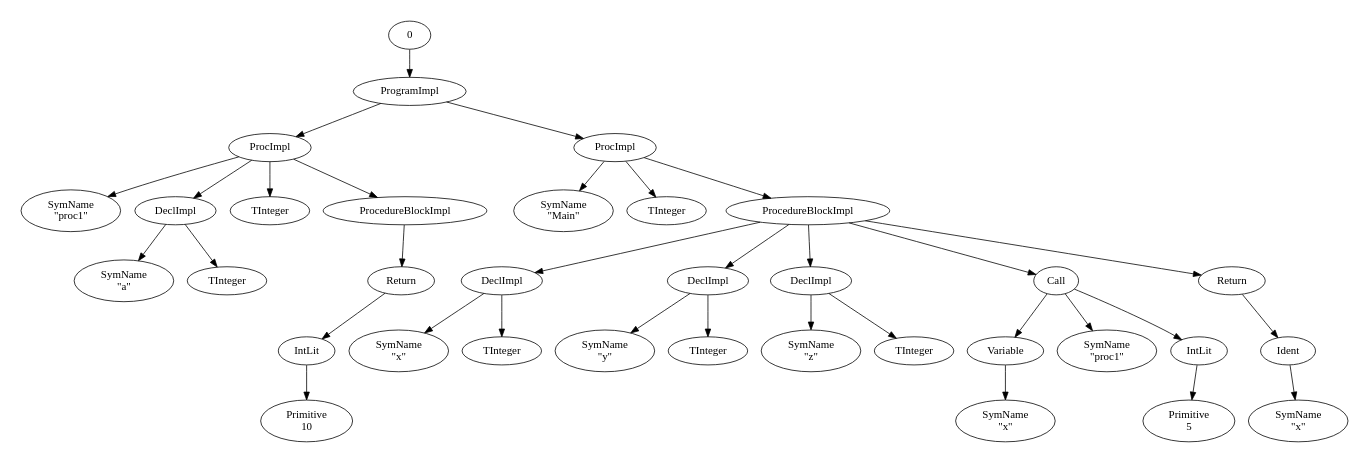
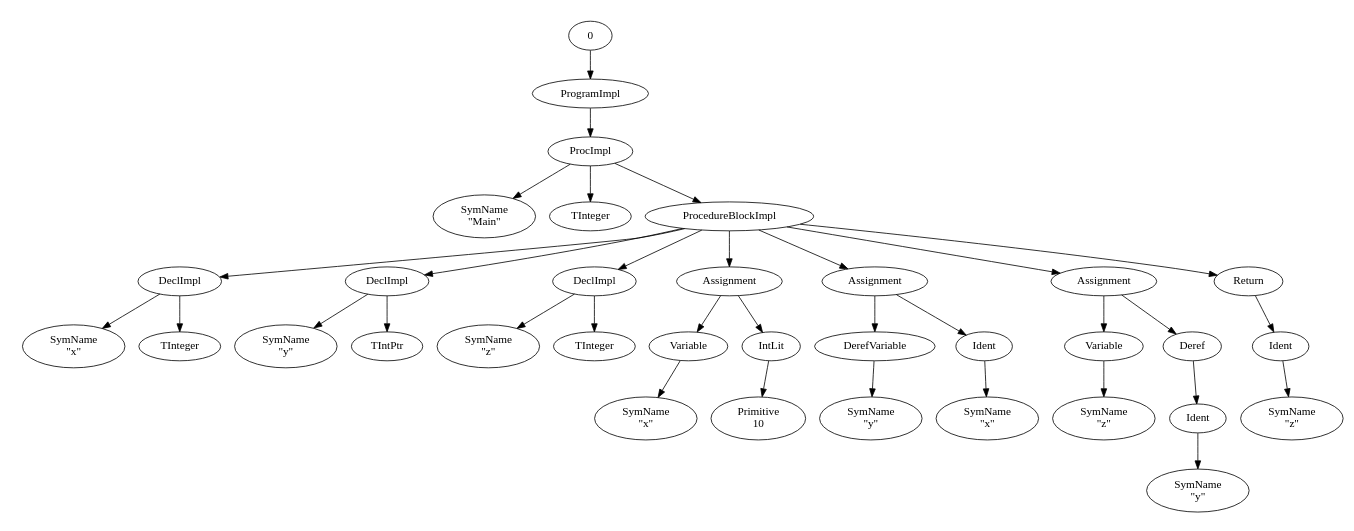
One commit to VishalSeeni-108/CS160-HW changed the diagram in Project 5/public/ast.dot. Above: the diagram before and after it, drawn with Graphviz. The commit also changed 8 other files, not shown here.

```diff
--- a/Project 5/public/ast.dot
+++ b/Project 5/public/ast.dot
@@ -1,80 +1,78 @@
-
-
 
 
 
 
 
 
 
 
 
 
 digraph G { page="8.5,11"; size="7.5, 10"; 
 "0" -> "1"
 "1" [label="ProgramImpl"]
 "1" -> "2"
 "2" [label="ProcImpl"]
 "2" -> "3"
-"3" [label="SymName\n\"proc1\""]
+"3" [label="SymName\n\"Main\""]
 "2" -> "4"
-"4" [label="DeclImpl"]
-"4" -> "5"
-"5" [label="SymName\n\"a\""]
-"4" -> "6"
-"6" [label="TInteger"]
-"2" -> "7"
-"7" [label="TInteger"]
-"2" -> "8"
-"8" [label="ProcedureBlockImpl"]
-"8" -> "9"
-"9" [label="Return"]
+"4" [label="TInteger"]
+"2" -> "5"
+"5" [label="ProcedureBlockImpl"]
+"5" -> "6"
+"6" [label="DeclImpl"]
+"6" -> "7"
+"7" [label="SymName\n\"x\""]
+"6" -> "8"
+"8" [label="TInteger"]
+"5" -> "9"
+"9" [label="DeclImpl"]
 "9" -> "10"
-"10" [label="IntLit"]
-"10" -> "11"
-"11" [label="Primitive\n10"]
-"1" -> "12"
-"12" [label="ProcImpl"]
+"10" [label="SymName\n\"y\""]
+"9" -> "11"
+"11" [label="TIntPtr"]
+"5" -> "12"
+"12" [label="DeclImpl"]
 "12" -> "13"
-"13" [label="SymName\n\"Main\""]
+"13" [label="SymName\n\"z\""]
 "12" -> "14"
 "14" [label="TInteger"]
-"12" -> "15"
-"15" [label="ProcedureBlockImpl"]
+"5" -> "15"
+"15" [label="Assignment"]
 "15" -> "16"
-"16" [label="DeclImpl"]
+"16" [label="Variable"]
 "16" -> "17"
 "17" [label="SymName\n\"x\""]
-"16" -> "18"
-"18" [label="TInteger"]
-"15" -> "19"
-"19" [label="DeclImpl"]
-"19" -> "20"
-"20" [label="SymName\n\"y\""]
-"19" -> "21"
-"21" [label="TInteger"]
-"15" -> "22"
-"22" [label="DeclImpl"]
-"22" -> "23"
-"23" [label="SymName\n\"z\""]
-"22" -> "24"
-"24" [label="TInteger"]
-"15" -> "25"
-"25" [label="Call"]
+"15" -> "18"
+"18" [label="IntLit"]
+"18" -> "19"
+"19" [label="Primitive\n10"]
+"5" -> "20"
+"20" [label="Assignment"]
+"20" -> "21"
+"21" [label="DerefVariable"]
+"21" -> "22"
+"22" [label="SymName\n\"y\""]
+"20" -> "23"
+"23" [label="Ident"]
+"23" -> "24"
+"24" [label="SymName\n\"x\""]
+"5" -> "25"
+"25" [label="Assignment"]
 "25" -> "26"
 "26" [label="Variable"]
 "26" -> "27"
-"27" [label="SymName\n\"x\""]
+"27" [label="SymName\n\"z\""]
 "25" -> "28"
-"28" [label="SymName\n\"proc1\""]
-"25" -> "29"
-"29" [label="IntLit"]
+"28" [label="Deref"]
+"28" -> "29"
+"29" [label="Ident"]
 "29" -> "30"
-"30" [label="Primitive\n5"]
-"15" -> "31"
+"30" [label="SymName\n\"y\""]
+"5" -> "31"
 "31" [label="Return"]
 "31" -> "32"
 "32" [label="Ident"]
 "32" -> "33"
-"33" [label="SymName\n\"x\""]
+"33" [label="SymName\n\"z\""]
 }
```
